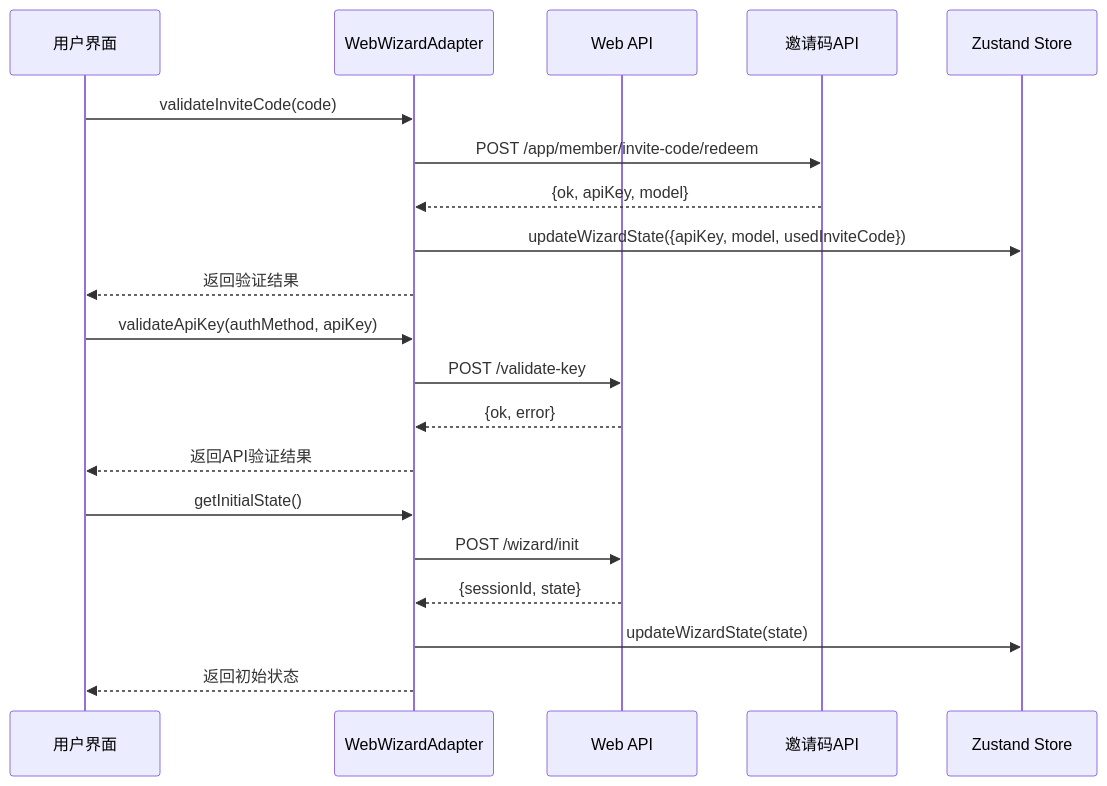
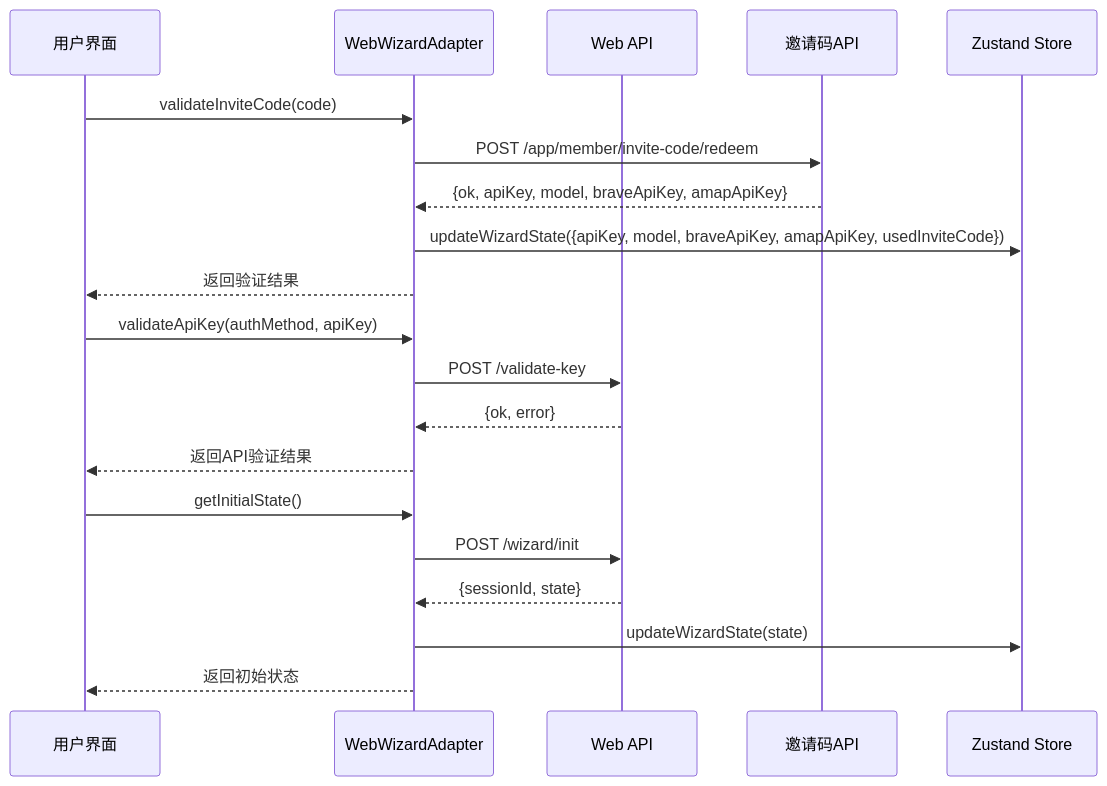
One commit to verse-ai-org/openclaw changed the fourth of 11 diagrams in .qoder/repowiki/zh/content/设置向导适配器.md. Above: the diagram before and after it, drawn with Mermaid. The commit also changed other lines of this file and 7 other files, not shown here.

````diff
--- a/.qoder/repowiki/zh/content/设置向导适配器.md
+++ b/.qoder/repowiki/zh/content/设置向导适配器.md
@@ -223,22 +251,22 @@
 ```mermaid
 sequenceDiagram
 participant UI as 用户界面
 participant Adapter as WebWizardAdapter
 participant API as Web API
 participant InviteAPI as 邀请码API
 participant Store as Zustand Store
 UI->>Adapter : validateInviteCode(code)
 Adapter->>InviteAPI : POST /app/member/invite-code/redeem
-InviteAPI-->>Adapter : {ok, apiKey, model}
-Adapter->>Store : updateWizardState({apiKey, model, usedInviteCode})
+InviteAPI-->>Adapter : {ok, apiKey, model, braveApiKey, amapApiKey}
+Adapter->>Store : updateWizardState({apiKey, model, braveApiKey, amapApiKey, usedInviteCode})
 Adapter-->>UI : 返回验证结果
 UI->>Adapter : validateApiKey(authMethod, apiKey)
 Adapter->>API : POST /validate-key
 API-->>Adapter : {ok, error}
 Adapter-->>UI : 返回API验证结果
 UI->>Adapter : getInitialState()
 Adapter->>API : POST /wizard/init
 API-->>Adapter : {sessionId, state}
 Adapter->>Store : updateWizardState(state)
 Adapter-->>UI : 返回初始状态
 ```
````
